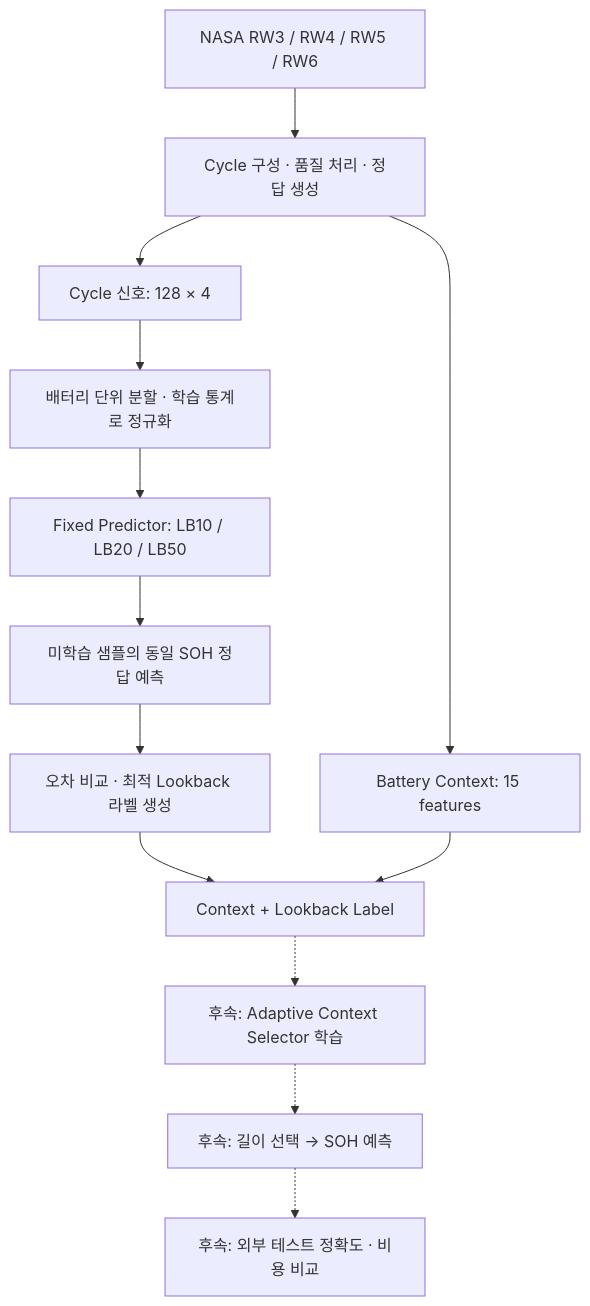
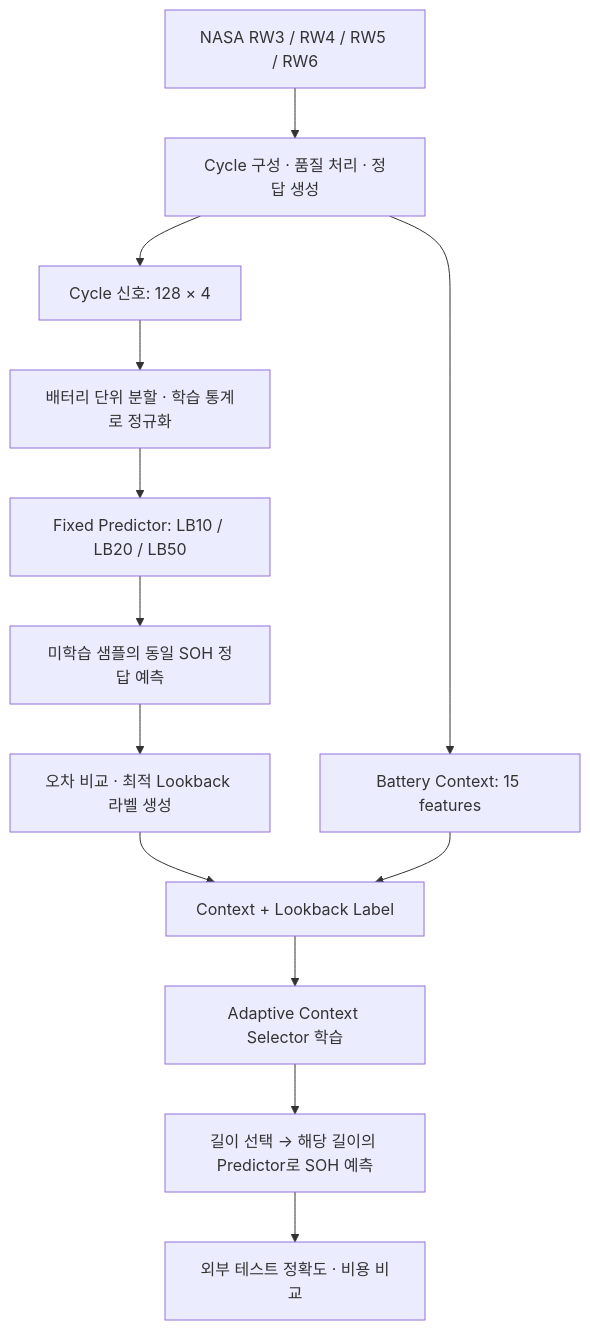
Before and after one commit to gaegoori/soh_context_aware: the diagram in README.md, drawn with Mermaid. The commit also changed other lines of this file and 59 other files, not shown here.

````diff
--- a/README.md
+++ b/README.md
@@ -39,15 +47,15 @@
 ```mermaid
 flowchart TD
     A["NASA RW3 / RW4 / RW5 / RW6"] --> B["Cycle 구성 · 품질 처리 · 정답 생성"]
     B --> C["Cycle 신호: 128 × 4"]
     B --> D["Battery Context: 15 features"]
     C --> E["배터리 단위 분할 · 학습 통계로 정규화"]
     E --> F["Fixed Predictor: LB10 / LB20 / LB50"]
     F --> G["미학습 샘플의 동일 SOH 정답 예측"]
     G --> H["오차 비교 · 최적 Lookback 라벨 생성"]
     H --> I["Context + Lookback Label"]
     D --> I
-    I -.-> J["후속: Adaptive Context Selector 학습"]
-    J -.-> K["후속: 길이 선택 → SOH 예측"]
-    K -.-> L["후속: 외부 테스트 정확도 · 비용 비교"]
+    I --> J["Adaptive Context Selector 학습"]
+    J --> K["길이 선택 → 해당 길이의 Predictor로 SOH 예측"]
+    K --> L["외부 테스트 정확도 · 비용 비교"]
 ```
````
